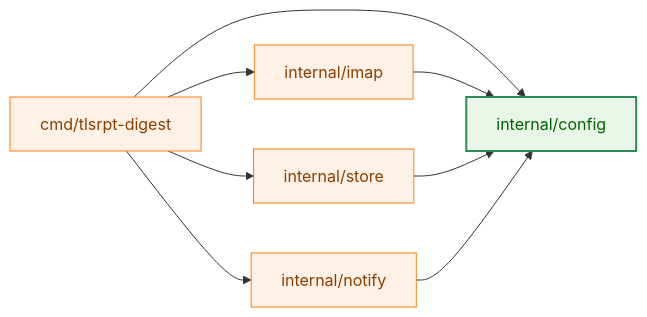
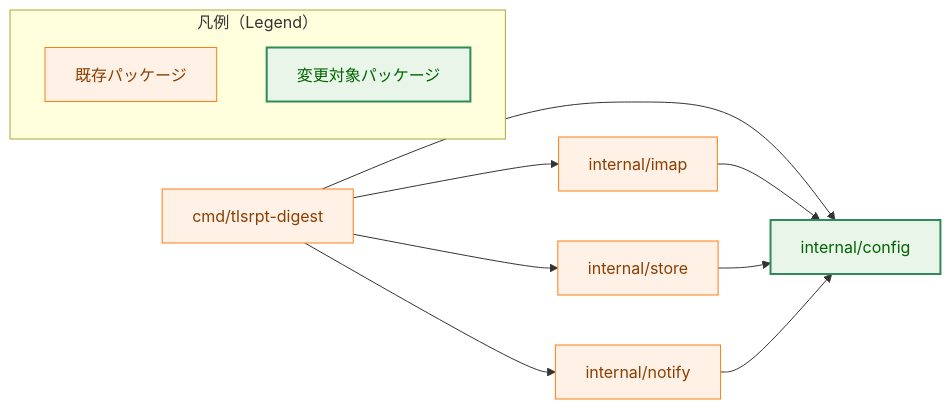
One commit to isseis/tlsrpt-digest changed the third of 6 diagrams in docs/tasks/0060_config/02_architecture.md. Above: the diagram before and after it, drawn with Mermaid. The commit also changed other lines of this file, not shown here.

First line of the commit message:
docs(task 0060): incorporate review revisions for config architecture

````diff
--- a/docs/tasks/0060_config/02_architecture.md
+++ b/docs/tasks/0060_config/02_architecture.md
@@ -115,16 +112,21 @@
 ```mermaid
 flowchart LR
     classDef process fill:#fff1e6,stroke:#ff7f0e,stroke-width:1px,color:#8a3e00;
     classDef enhanced fill:#e8f5e8,stroke:#2e8b57,stroke-width:2px,color:#006400;
 
     CMD["cmd/tlsrpt-digest"] --> CFG["internal/config"]
     CMD --> IMAP["internal/imap"]
     CMD --> NOTIFY["internal/notify"]
     CMD --> STORE["internal/store"]
     IMAP --> CFG
     STORE --> CFG
     NOTIFY --> CFG
 
-    class CMD,IMAP,NOTIFY,STORE process
-    class CFG enhanced
+    subgraph Legend["凡例（Legend）"]
+        LProcess["既存パッケージ"]
+        LEnhanced["変更対象パッケージ"]
+    end
+
+    class CMD,IMAP,NOTIFY,STORE,LProcess process
+    class CFG,LEnhanced enhanced
 ```
````
